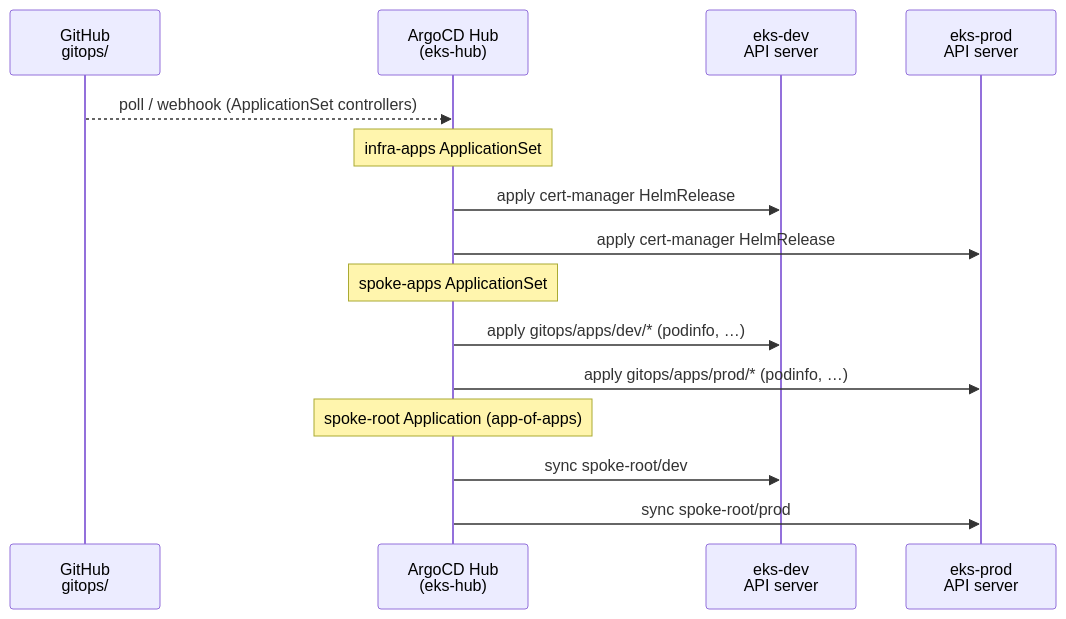
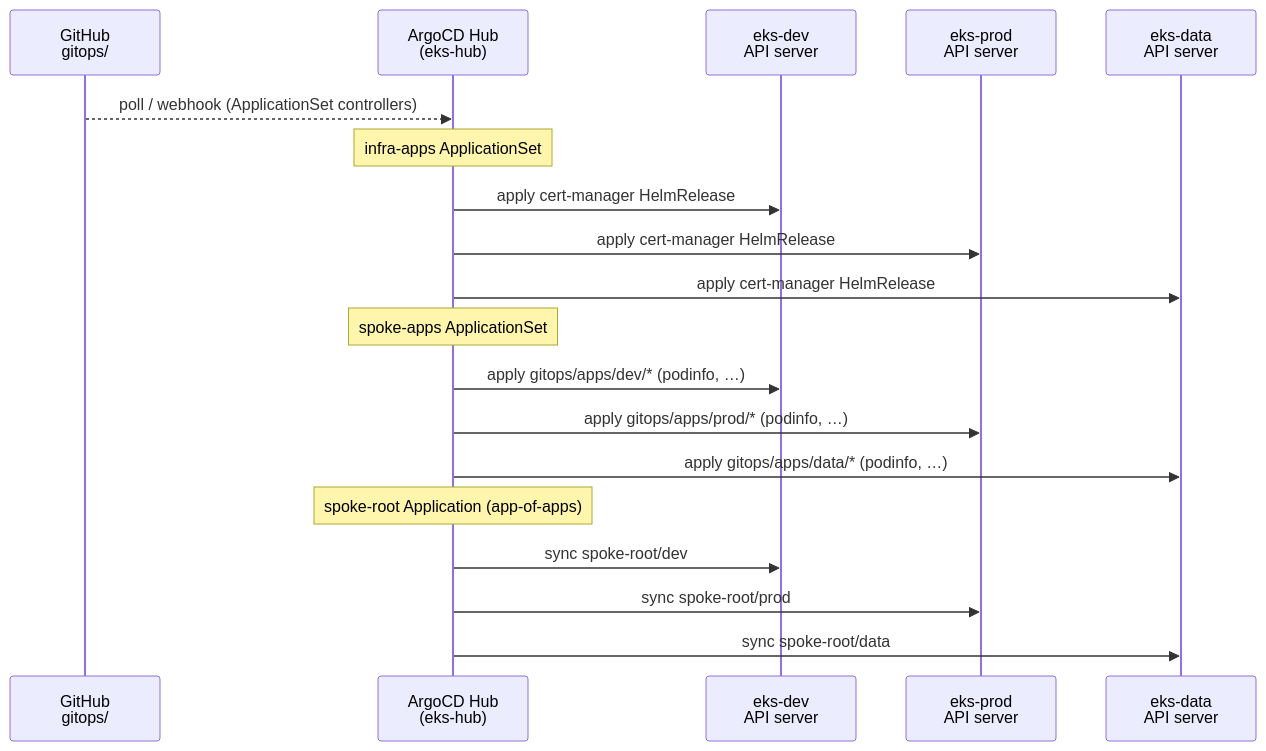
One commit to paragch/eks-hub-spoke changed the sixth of 13 diagrams in docs/low-level-design.md. Above: the diagram before and after it, drawn with Mermaid. The commit also changed other lines of this file and 67 other files, not shown here.

````diff
--- a/docs/low-level-design.md
+++ b/docs/low-level-design.md
@@ -233,21 +298,25 @@
 ```mermaid
 sequenceDiagram
   participant GH as GitHub<br/>gitops/
   participant ARGOCD as ArgoCD Hub<br/>(eks-hub)
   participant DEV_API as eks-dev<br/>API server
   participant PROD_API as eks-prod<br/>API server
+  participant DATA_API as eks-data<br/>API server
 
   GH-->>ARGOCD: poll / webhook (ApplicationSet controllers)
 
   Note over ARGOCD: infra-apps ApplicationSet
   ARGOCD->>DEV_API:  apply cert-manager HelmRelease
   ARGOCD->>PROD_API: apply cert-manager HelmRelease
+  ARGOCD->>DATA_API: apply cert-manager HelmRelease
 
   Note over ARGOCD: spoke-apps ApplicationSet
   ARGOCD->>DEV_API:  apply gitops/apps/dev/* (podinfo, …)
   ARGOCD->>PROD_API: apply gitops/apps/prod/* (podinfo, …)
+  ARGOCD->>DATA_API: apply gitops/apps/data/* (podinfo, …)
 
   Note over ARGOCD: spoke-root Application (app-of-apps)
   ARGOCD->>DEV_API:  sync spoke-root/dev
   ARGOCD->>PROD_API: sync spoke-root/prod
+  ARGOCD->>DATA_API: sync spoke-root/data
 ```
````
